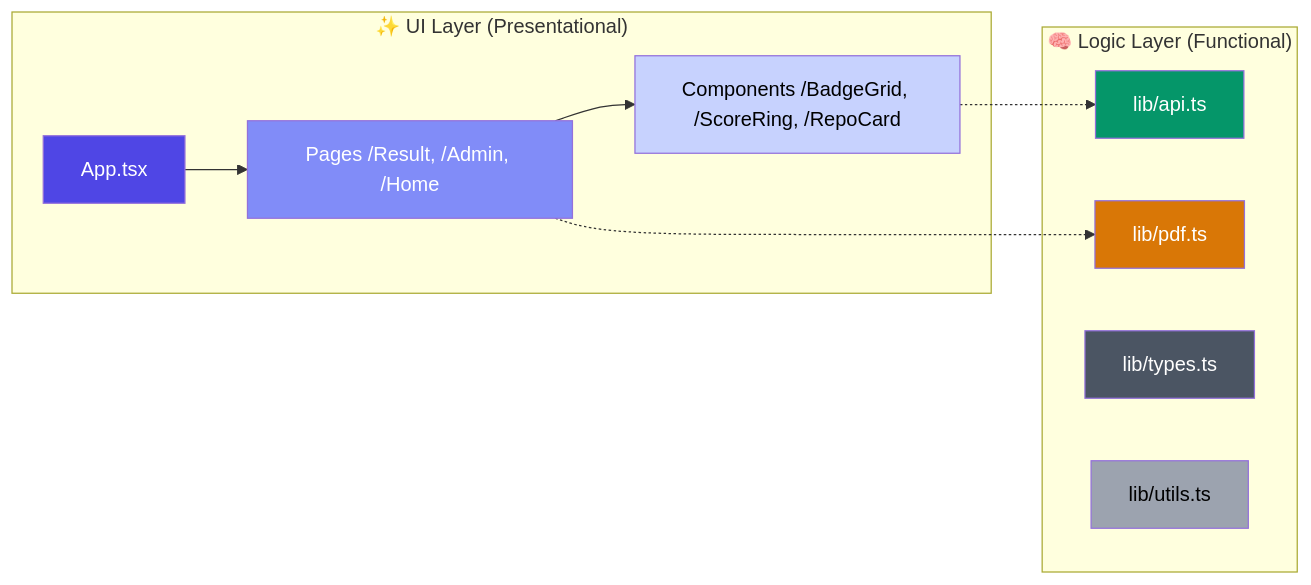
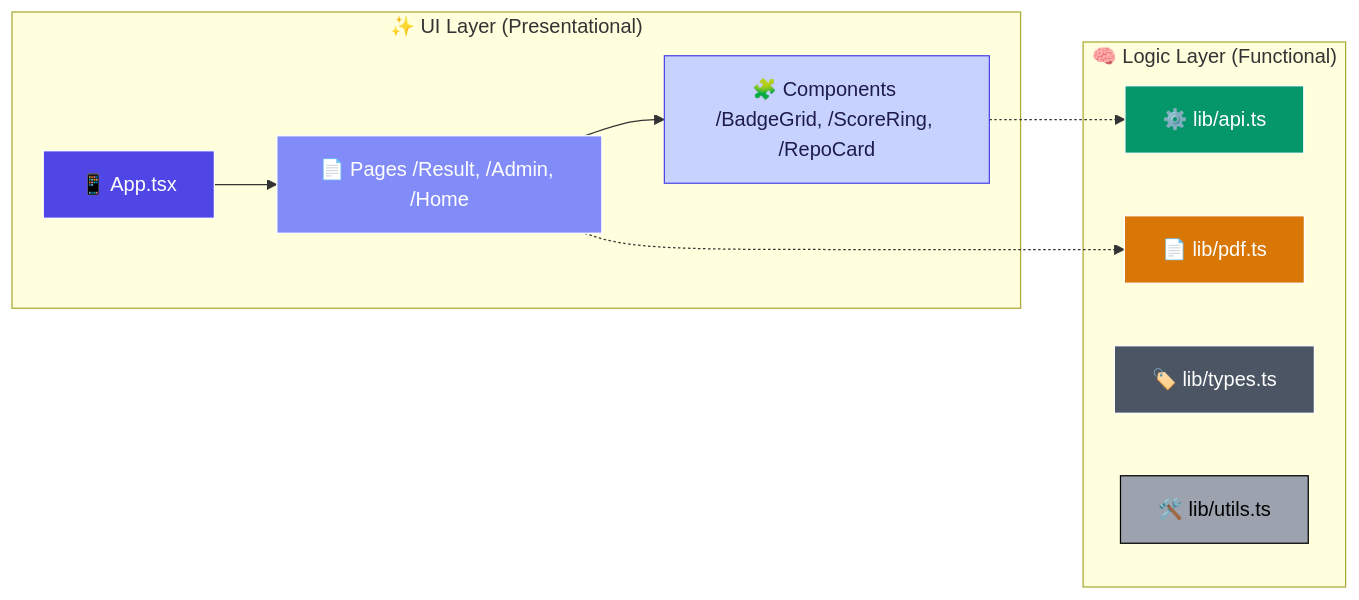
Before and after one commit to KGFCH2/GitInsight-AI: the second of 3 diagrams in ARCHITECTURE.md, drawn with Mermaid. The commit also changed other lines of this file, not shown here.

````diff
--- a/ARCHITECTURE.md
+++ b/ARCHITECTURE.md
@@ -50,29 +50,29 @@
 ```mermaid
 graph LR
     subgraph "✨ UI Layer (Presentational)"
-        App[App.tsx]
-        Pages[Pages /Result, /Admin, /Home]
-        Components[Components /BadgeGrid, /ScoreRing, /RepoCard]
+        App["📱 App.tsx"]
+        Pages["📄 Pages /Result, /Admin, /Home"]
+        Components["🧩 Components /BadgeGrid, /ScoreRing, /RepoCard"]
     end
 
     subgraph "🧠 Logic Layer (Functional)"
-        API[lib/api.ts]
-        PDF_Logic[lib/pdf.ts]
-        Types[lib/types.ts]
-        Utils[lib/utils.ts]
+        API["⚙️ lib/api.ts"]
+        PDF_Logic["📄 lib/pdf.ts"]
+        Types["🏷️ lib/types.ts"]
+        Utils["🛠️ lib/utils.ts"]
     end
 
     App --> Pages
     Pages --> Components
     Components -.-> API
     Pages -.-> PDF_Logic
 
     %% Styling
-    style App fill:#4f46e5,color:#fff
-    style Pages fill:#818cf8,color:#fff
-    style Components fill:#c7d2fe,color:#000
-    style API fill:#059669,color:#fff
-    style PDF_Logic fill:#d97706,color:#fff
-    style Types fill:#4b5563,color:#fff
-    style Utils fill:#9ca3af,color:#000
+    style App fill:#4f46e5,stroke:#fff,color:#fff
+    style Pages fill:#818cf8,stroke:#fff,color:#fff
+    style Components fill:#c7d2fe,stroke:#4f46e5,color:#1e1b4b
+    style API fill:#059669,stroke:#fff,color:#fff
+    style PDF_Logic fill:#d97706,stroke:#fff,color:#fff
+    style Types fill:#4b5563,stroke:#fff,color:#fff
+    style Utils fill:#9ca3af,stroke:#000,color:#000
 ```
````
